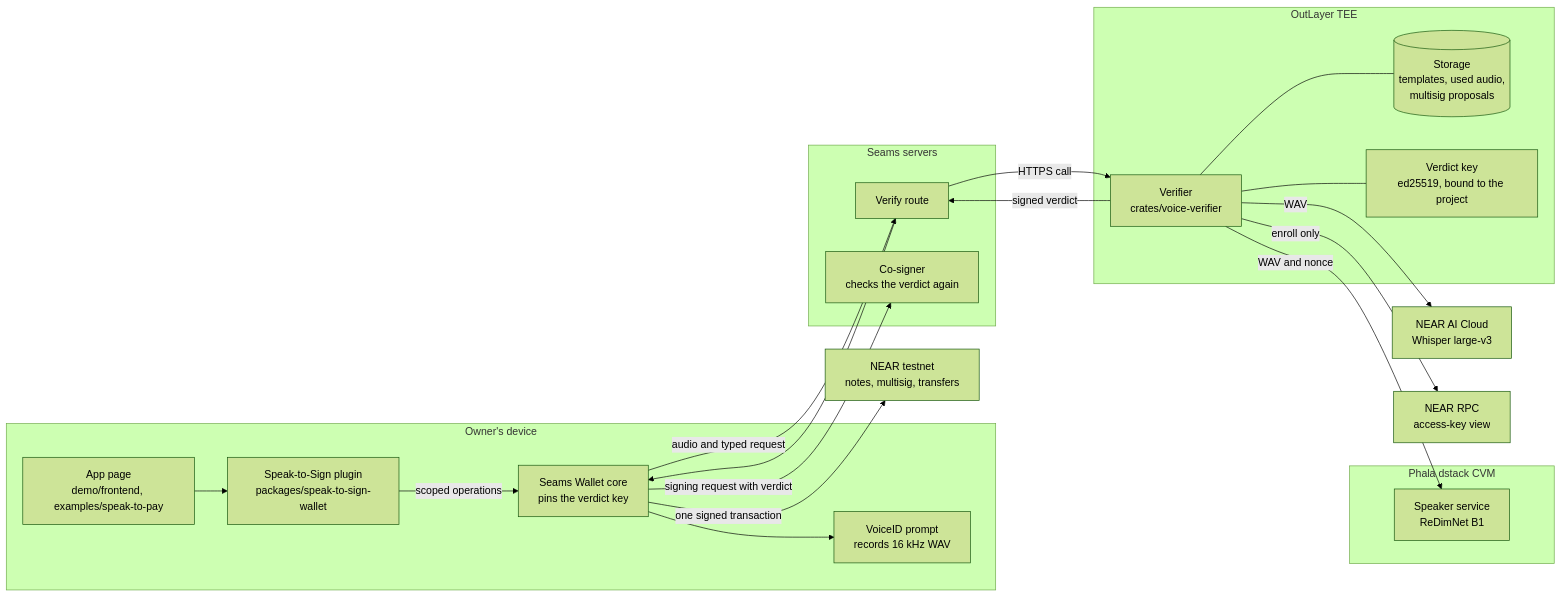
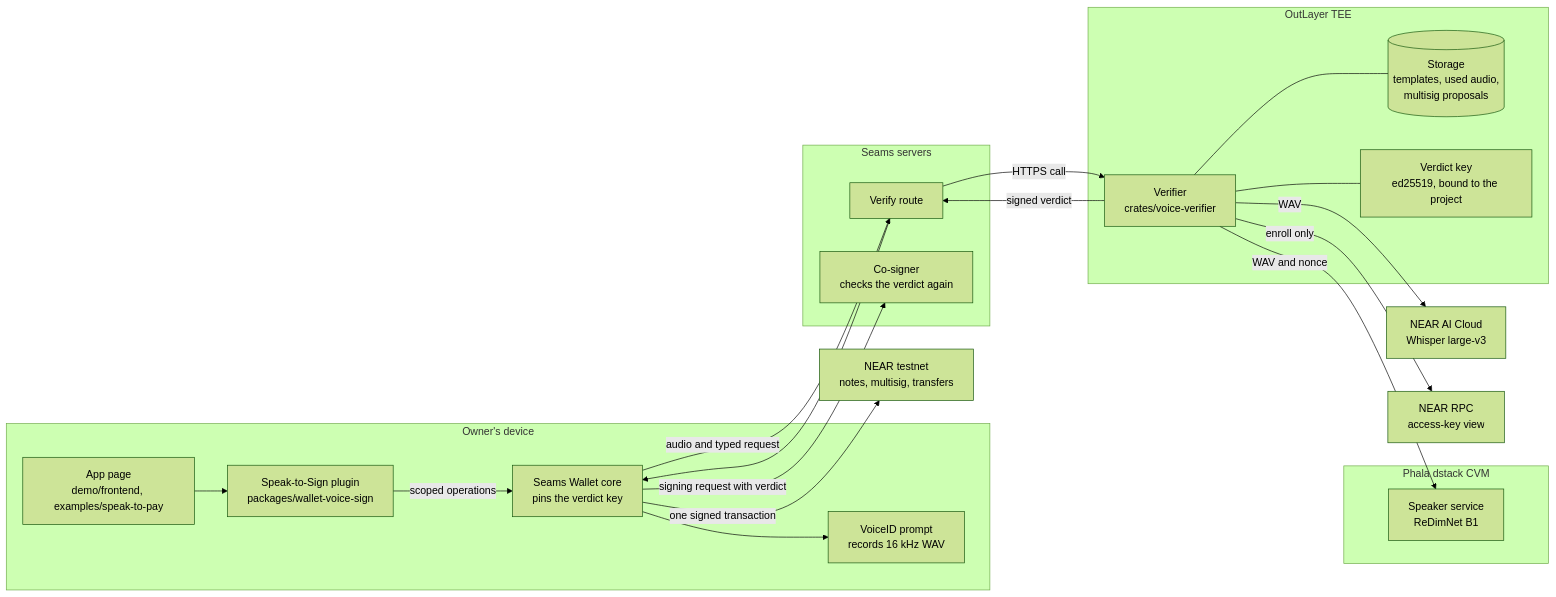
Before and after one commit to seams-tech/speak-to-sign: the first of 8 diagrams in docs/architecture.md, drawn with Mermaid (forest theme). The commit also changed other lines of this file and 37 other files, not shown here.

First line of the commit message:
The Wallet plugin becomes @seams/wallet-voice-sign from 0.67.0

````diff
--- a/docs/architecture.md
+++ b/docs/architecture.md
@@ -12,43 +12,43 @@
 ```mermaid
 flowchart LR
   subgraph Device["Owner's device"]
     App["App page<br/>demo/frontend, examples/speak-to-pay"]
-    Plugin["Speak-to-Sign plugin<br/>packages/speak-to-sign-wallet"]
+    Plugin["Speak-to-Sign plugin<br/>packages/wallet-voice-sign"]
     Core["Seams Wallet core<br/>pins the verdict key"]
     Mic["VoiceID prompt<br/>records 16 kHz WAV"]
   end
 
   subgraph Seams["Seams servers"]
     Route["Verify route"]
     Cosigner["Co-signer<br/>checks the verdict again"]
   end
 
   subgraph OutLayer["OutLayer TEE"]
     Verifier["Verifier<br/>crates/voice-verifier"]
     Store[("Storage<br/>templates, used audio,<br/>multisig proposals")]
     Key["Verdict key<br/>ed25519, bound to the project"]
   end
 
   subgraph Phala["Phala dstack CVM"]
     Speaker["Speaker service<br/>ReDimNet B1"]
   end
 
   Whisper["NEAR AI Cloud<br/>Whisper large-v3"]
   Rpc["NEAR RPC<br/>access-key view"]
   Chain["NEAR testnet<br/>notes, multisig, transfers"]
 
   App --> Plugin
   Plugin -->|scoped operations| Core
   Core --> Mic
   Core -->|audio and typed request| Route
   Route -->|HTTPS call| Verifier
   Verifier -->|WAV and nonce| Speaker
   Verifier -->|WAV| Whisper
   Verifier -->|enroll only| Rpc
   Verifier --- Store
   Verifier --- Key
   Verifier -->|signed verdict| Route
   Route --> Core
   Core -->|signing request with verdict| Cosigner
   Core -->|one signed transaction| Chain
 ```
````
